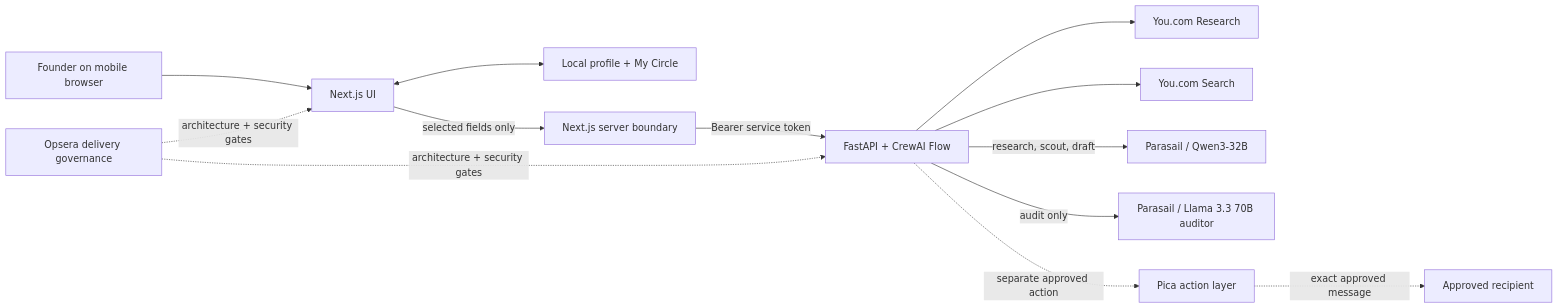
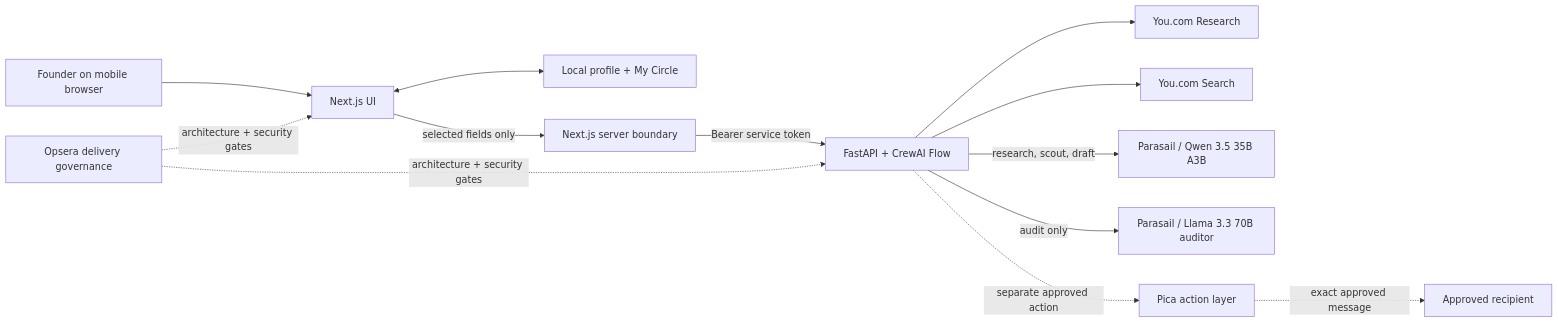
One commit to stevenknowswhy/event-icebreaker changed the diagram in docs/architecture.md. Above: the diagram before and after it, drawn with Mermaid. The commit also changed other lines of this file and 9 other files, not shown here.

````diff
--- a/docs/architecture.md
+++ b/docs/architecture.md
@@ -5,28 +5,28 @@
 ```mermaid
 flowchart LR
   Founder["Founder on mobile browser"]
   Local["Local profile + My Circle"]
   Web["Next.js UI"]
   Proxy["Next.js server boundary"]
   Flow["FastAPI + CrewAI Flow"]
   YouR["You.com Research"]
   YouS["You.com Search"]
-  ParasailGeneral["Parasail / Qwen3-32B"]
+  ParasailGeneral["Parasail / Qwen 3.5 35B A3B"]
   ParasailAudit["Parasail / Llama 3.3 70B auditor"]
   Pica["Pica action layer"]
   Recipient["Approved recipient"]
   Opsera["Opsera delivery governance"]
 
   Founder --> Web
   Web <--> Local
   Web -->|"selected fields only"| Proxy
   Proxy -->|"Bearer service token"| Flow
   Flow --> YouR
   Flow --> YouS
   Flow -->|"research, scout, draft"| ParasailGeneral
   Flow -->|"audit only"| ParasailAudit
   Flow -. "separate approved action" .-> Pica
   Pica -. "exact approved message" .-> Recipient
   Opsera -. "architecture + security gates" .-> Web
   Opsera -. "architecture + security gates" .-> Flow
 ```
````
